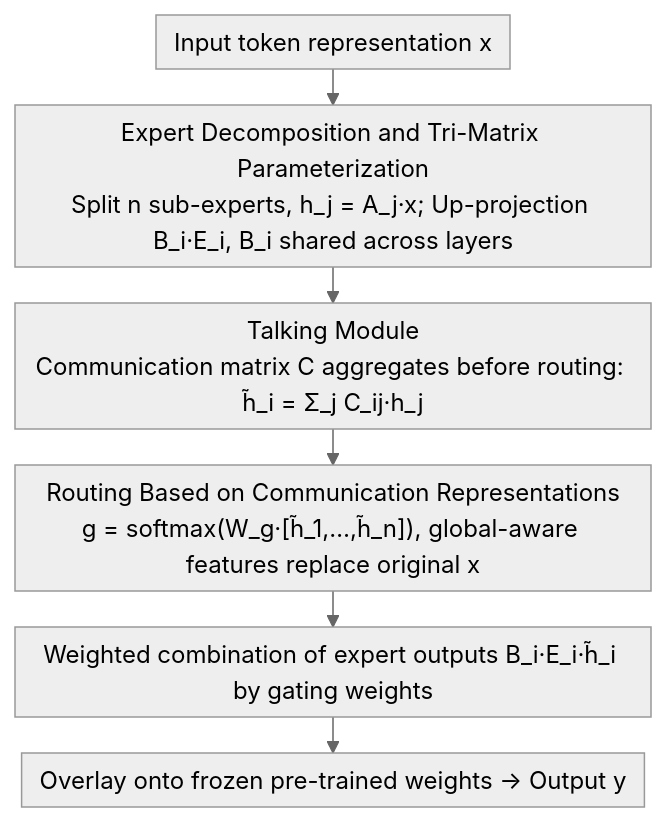
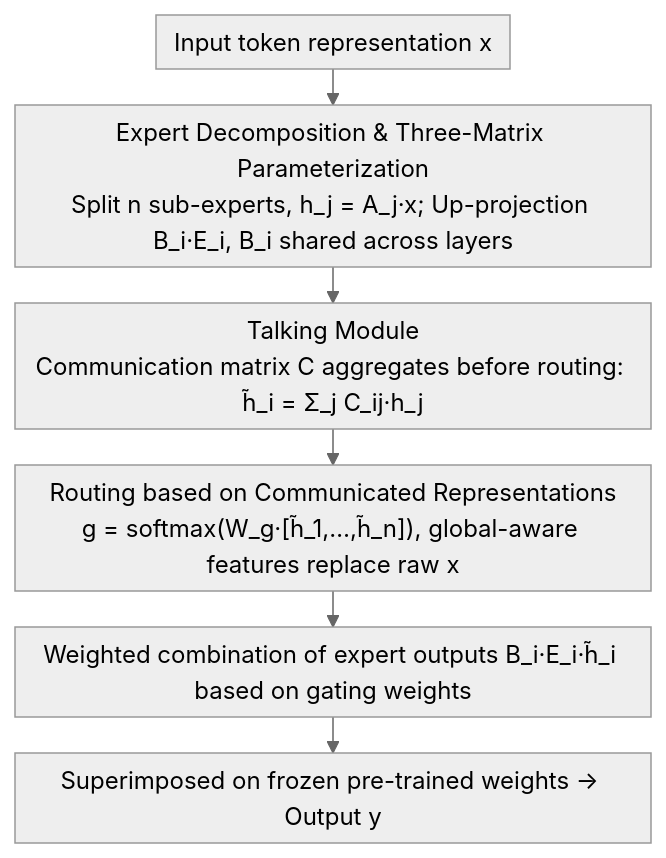
Before and after one commit to zhaoyang97/Paper-Notes-en: the diagram in docs/ACL2026/model_compression/talklora_communication-aware_mixture_of_low-rank_adaptation_for_large_language_m.md, drawn with Mermaid (neutral theme). The commit also changed other lines of this file and 5084 other files, not shown here.

````diff
--- a/docs/ACL2026/model_compression/talklora_communication-aware_mixture_of_low-rank_adaptation_for_large_language_m.md
+++ b/docs/ACL2026/model_compression/talklora_communication-aware_mixture_of_low-rank_adaptation_for_large_language_m.md
@@ -37,9 +37,9 @@
 ```mermaid
 %%{init: {'flowchart': {'rankSpacing': 24, 'nodeSpacing': 28, 'padding': 6, 'wrappingWidth': 400}}}%%
 flowchart TD
-    X["Input token representation x"] --> D["Expert Decomposition and Tri-Matrix Parameterization<br/>Split n sub-experts, h_j = A_j·x; Up-projection B_i·E_i, B_i shared across layers"]
+    X["Input token representation x"] --> D["Expert Decomposition & Three-Matrix Parameterization<br/>Split n sub-experts, h_j = A_j·x; Up-projection B_i·E_i, B_i shared across layers"]
     D --> T["Talking Module<br/>Communication matrix C aggregates before routing: h̃_i = Σ_j C_ij·h_j"]
-    T --> R["Routing Based on Communication Representations<br/>g = softmax(W_g·[h̃_1,…,h̃_n]), global-aware features replace original x"]
-    R --> M["Weighted combination of expert outputs B_i·E_i·h̃_i by gating weights"]
-    M --> Y["Overlay onto frozen pre-trained weights → Output y"]
+    T --> R["Routing based on Communicated Representations<br/>g = softmax(W_g·[h̃_1,…,h̃_n]), global-aware features replace raw x"]
+    R --> M["Weighted combination of expert outputs B_i·E_i·h̃_i based on gating weights"]
+    M --> Y["Superimposed on frozen pre-trained weights → Output y"]
 ```
````
